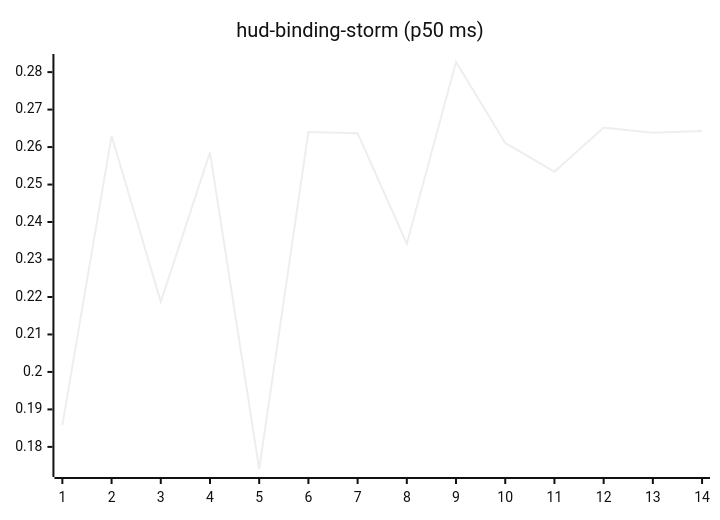
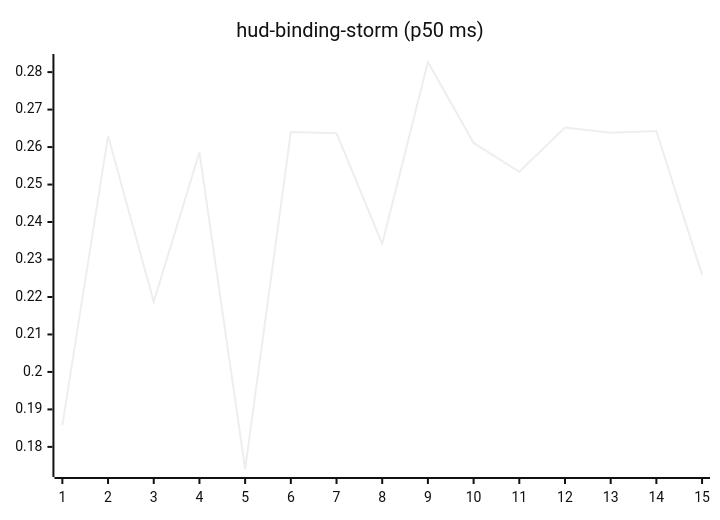
One commit to josha/Facet changed the tenth of 27 diagrams in README.md. Above: the diagram before and after it, drawn with Mermaid (neutral theme). The commit also changed other lines of this file and 2 other files, not shown here.

````diff
--- a/README.md
+++ b/README.md
@@ -126,6 +126,6 @@
 ```mermaid
 xychart-beta
     title "hud-binding-storm (p50 ms)"
-    x-axis 1 --> 14
-    line [0.1858, 0.2630, 0.2187, 0.2586, 0.1741, 0.2640, 0.2637, 0.2342, 0.2827, 0.2611, 0.2534, 0.2652, 0.2638, 0.2643]
+    x-axis 1 --> 15
+    line [0.1858, 0.2630, 0.2187, 0.2586, 0.1741, 0.2640, 0.2637, 0.2342, 0.2827, 0.2611, 0.2534, 0.2652, 0.2638, 0.2643, 0.2259]
 ```
````
